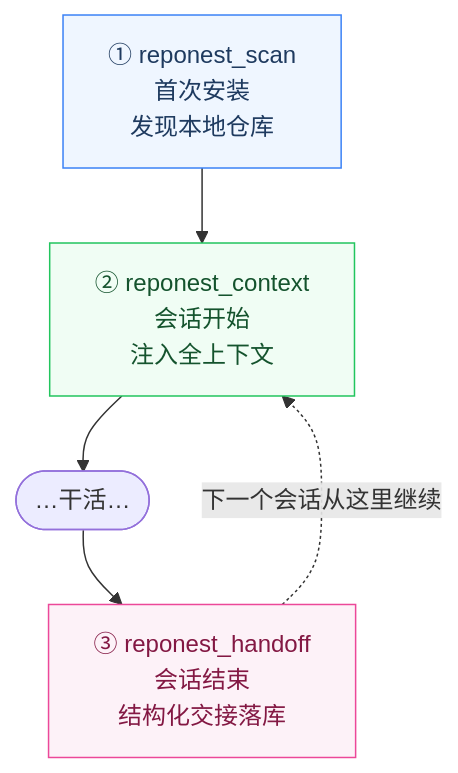
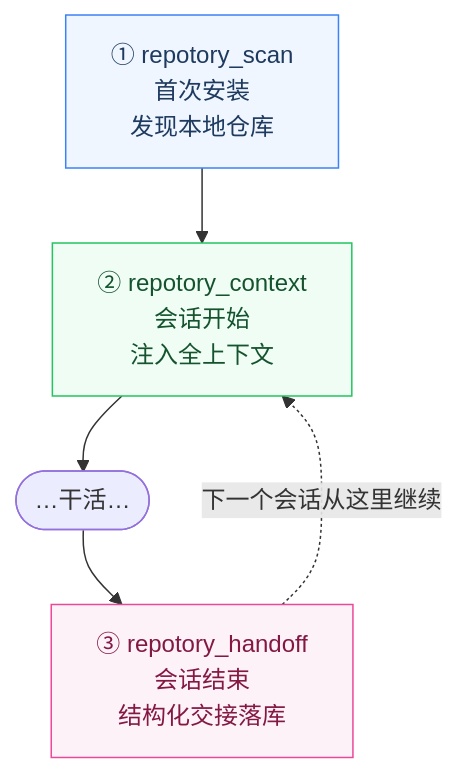
The first of 2 diagrams in README.zh-CN.md (sky-jiangcheng/repo-nest), drawn with Mermaid before and after one commit. The commit also changed other lines of this file and 242 other files, not shown here.

````diff
--- a/README.zh-CN.md
+++ b/README.zh-CN.md
@@ -24,13 +24,13 @@
 ```mermaid
 flowchart TB
-    SCAN["① reponest_scan<br/>首次安装<br/>发现本地仓库"] --> CTX["② reponest_context<br/>会话开始<br/>注入全上下文"]
+    SCAN["① repotory_scan<br/>首次安装<br/>发现本地仓库"] --> CTX["② repotory_context<br/>会话开始<br/>注入全上下文"]
     CTX --> WORK(["…干活…"])
-    WORK --> HAND["③ reponest_handoff<br/>会话结束<br/>结构化交接落库"]
+    WORK --> HAND["③ repotory_handoff<br/>会话结束<br/>结构化交接落库"]
     HAND -.->|"下一个会话从这里继续"| CTX
     classDef entry fill:#eff6ff,stroke:#3b82f6,color:#1e3a5f
     classDef ctx fill:#f0fdf4,stroke:#22c55e,color:#14532d
     classDef rec fill:#fdf2f8,stroke:#ec4899,color:#831843
     class SCAN entry
     class CTX ctx
     class HAND rec
 ```
````
